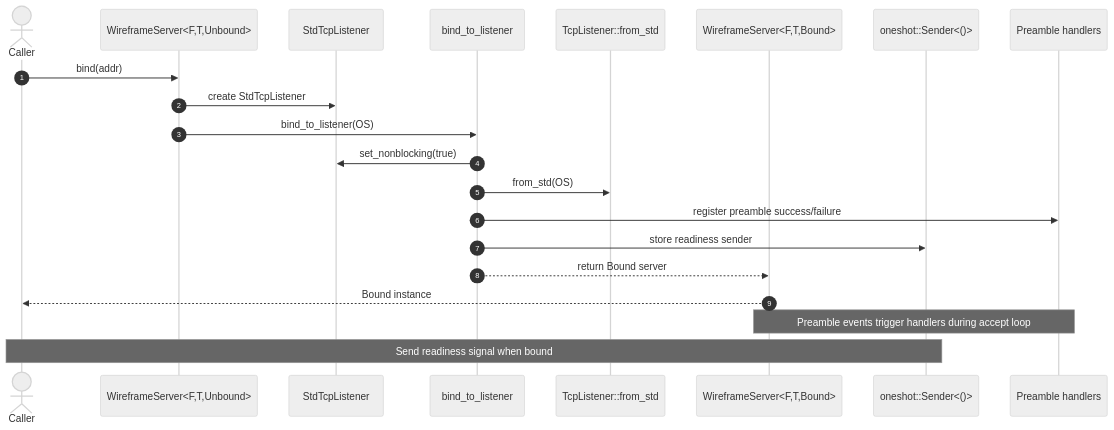
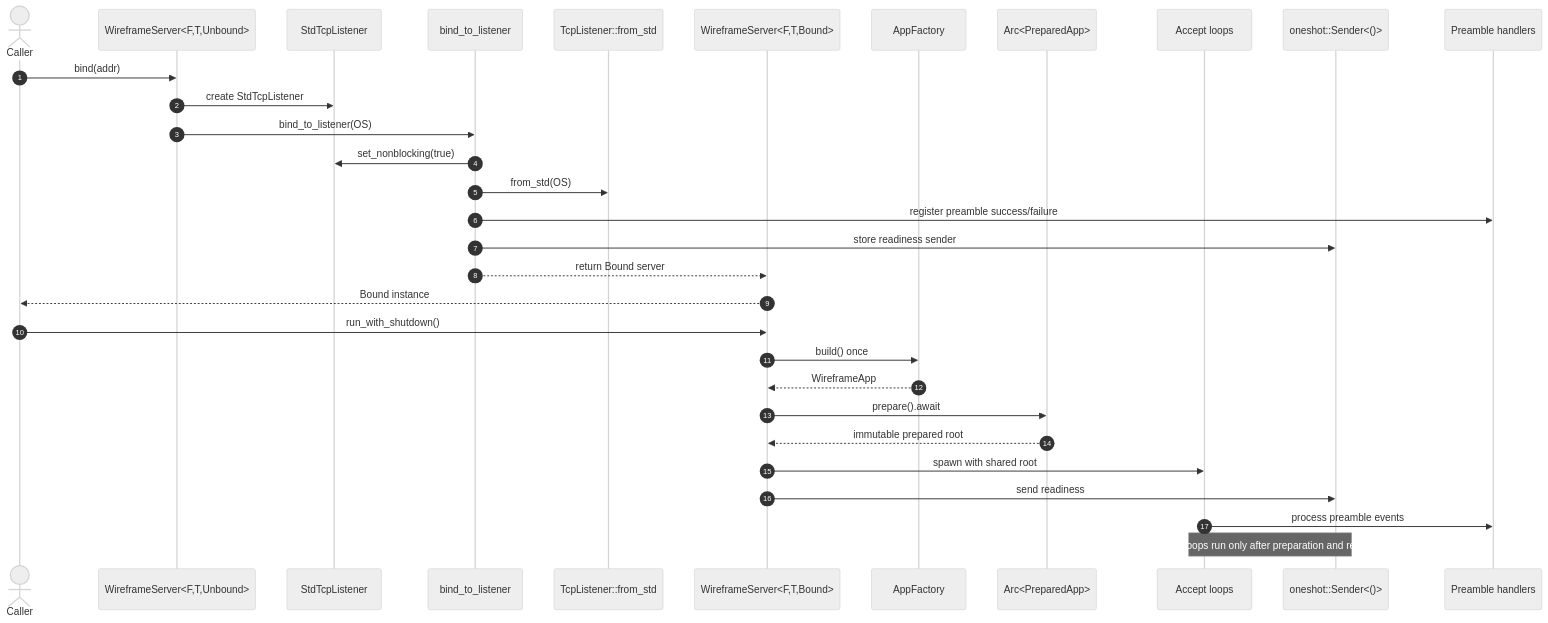
One commit to leynos/wireframe changed the diagram in docs/server/configuration.md. Above: the diagram before and after it, drawn with Mermaid (neutral theme). The commit also changed other lines of this file and 43 other files, not shown here.

First line of the commit message:
Prepare applications before server readiness (#642) (#678)

````diff
--- a/docs/server/configuration.md
+++ b/docs/server/configuration.md
@@ -25,25 +25,35 @@
 ```mermaid
 sequenceDiagram
   autonumber
   actor Caller
   participant WS as WireframeServer<F,T,Unbound>
   participant OS as StdTcpListener
   participant Helper as bind_to_listener
   participant Tokio as TcpListener::from_std
   participant WSB as WireframeServer<F,T,Bound>
+  participant Factory as AppFactory
+  participant Prepared as Arc<PreparedApp>
+  participant Workers as Accept loops
   participant Ready as oneshot::Sender<()>
   participant Hooks as Preamble handlers
 
   Caller->>WS: bind(addr)
   WS->>OS: create StdTcpListener
   WS->>Helper: bind_to_listener(OS)
   Helper->>OS: set_nonblocking(true)
   Helper->>Tokio: from_std(OS)
   Helper->>Hooks: register preamble success/failure
   Helper->>Ready: store readiness sender
   Helper-->>WSB: return Bound server
   WSB-->>Caller: Bound instance
 
-  note over Hooks,WSB: Preamble events trigger handlers during accept loop
-  note over Ready,Caller: Send readiness signal when bound
+  Caller->>WSB: run_with_shutdown()
+  WSB->>Factory: build() once
+  Factory-->>WSB: WireframeApp
+  WSB->>Prepared: prepare().await
+  Prepared-->>WSB: immutable prepared root
+  WSB->>Workers: spawn with shared root
+  WSB->>Ready: send readiness
+  Workers->>Hooks: process preamble events
+  note over Ready,Workers: Accept loops run only after preparation and readiness
 ```
````
